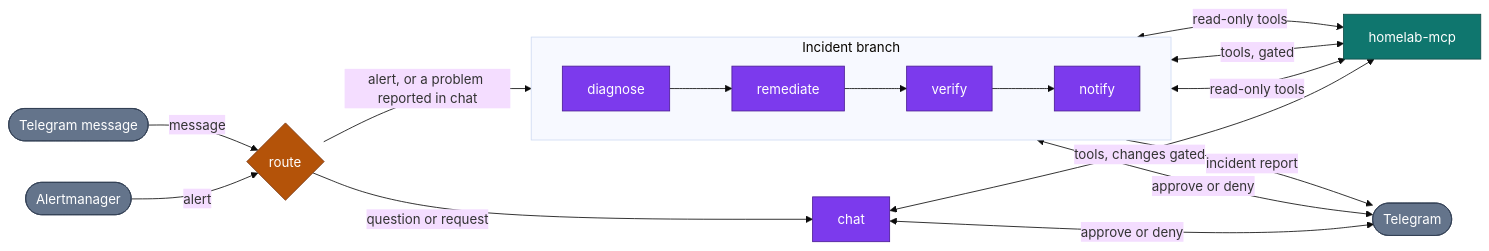
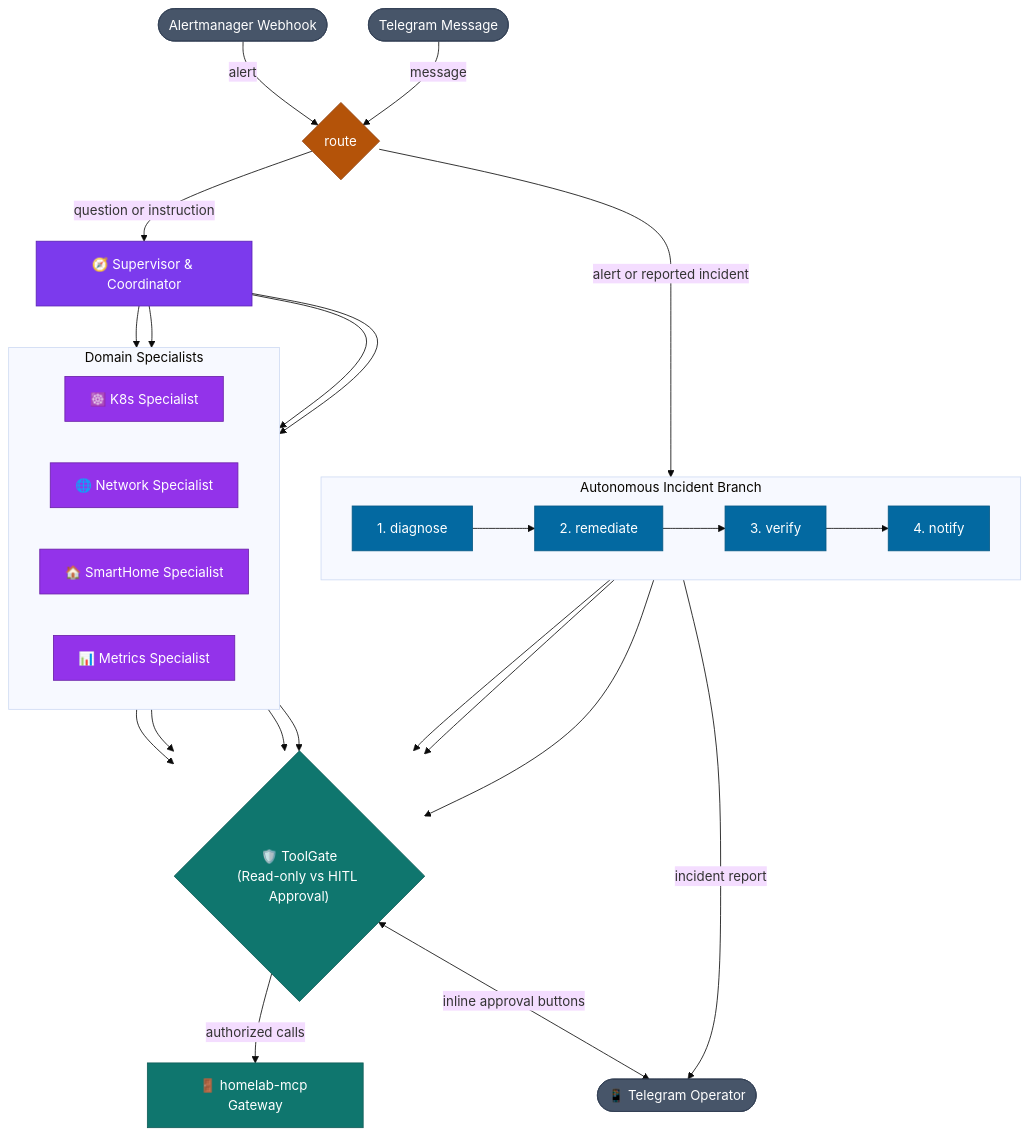
Before and after one commit to csp33/homelab-ai-ops: the diagram in packages/agents/lyoko/README.md, drawn with Mermaid (base theme). The commit also changed other lines of this file and 2 other files, not shown here.

Commit message:
docs: refresh READMEs and architecture diagrams for hierarchical multi-agent architecture

````diff
--- a/packages/agents/lyoko/README.md
+++ b/packages/agents/lyoko/README.md
@@ -21,33 +24,55 @@
 ```mermaid
-flowchart LR
-    AM([Alertmanager]) -->|alert| RT
-    MSG([Telegram message]) -->|message| RT
+flowchart TD
+    %% Ingress
+    AM([Alertmanager Webhook]) -->|alert| RT
+    MSG([Telegram Message]) -->|message| RT
     RT{route}
 
-    RT -->|question or request| C[chat]
-    RT -->|alert, or a problem reported in chat| D
+    %% Branches
+    RT -->|question or instruction| SUP["🧭 Supervisor & Coordinator"]
+    RT -->|alert or reported incident| D["1. diagnose"]
 
-    subgraph INC["Incident branch"]
+    %% Chat Branch Multi-Agent Specialists
+    subgraph Specialists ["Domain Specialists"]
         direction LR
-        D[diagnose] --> R[remediate] --> V[verify] --> N[notify]
+        K8S["☸️ K8s Specialist"]
+        NET["🌐 Network Specialist"]
+        HA["🏠 SmartHome Specialist"]
+        OBS["📊 Metrics Specialist"]
     end
 
-    C <-->|tools, changes gated| MCP[homelab-mcp]
-    D <-->|read-only tools| MCP
-    R <-->|tools, gated| MCP
-    V <-->|read-only tools| MCP
+    SUP --> K8S & NET & HA & OBS
 
-    C <-->|approve or deny| TG([Telegram])
-    R <-->|approve or deny| TG
+    %% Incident Branch
+    subgraph INC ["Autonomous Incident Branch"]
+        direction LR
+        D --> R["2. remediate"] --> V["3. verify"] --> N["4. notify"]
+    end
+
+    %% ToolGate & MCP Gateway
+    GATE{"🛡️ ToolGate<br/>(Read-only vs HITL Approval)"}
+    MCP["🚪 homelab-mcp Gateway"]
+
+    K8S & NET & HA & OBS --> GATE
+    D & R & V --> GATE
+    GATE -->|authorized calls| MCP
+
+    %% Operator HITL
+    GATE <-->|inline approval buttons| TG([📱 Telegram Operator])
     N -->|incident report| TG
 
-    classDef external fill:#64748b,stroke:#334155,color:#fff;
-    classDef router fill:#b45309,stroke:#78350f,color:#fff;
-    classDef step fill:#7c3aed,stroke:#4c1d95,color:#fff;
-    classDef gateway fill:#0f766e,stroke:#134e4a,color:#fff;
+    %% Styling
+    classDef ingress fill:#475569,stroke:#334155,color:#fff;
+    classDef router fill:#b45309,stroke:#92400e,color:#fff;
+    classDef supervisor fill:#7c3aed,stroke:#5b21b6,color:#fff;
+    classDef specialist fill:#9333ea,stroke:#6b21a8,color:#fff;
+    classDef incident fill:#0369a1,stroke:#075985,color:#fff;
+    classDef gate fill:#0f766e,stroke:#115e59,color:#fff;
 
-    class AM,MSG,TG external;
+    class AM,MSG,TG ingress;
     class RT router;
-    class C,D,R,V,N step;
-    class MCP gateway;
+    class SUP supervisor;
+    class K8S,NET,HA,OBS specialist;
+    class D,R,V,N incident;
+    class GATE,MCP gate;
 ```
````
